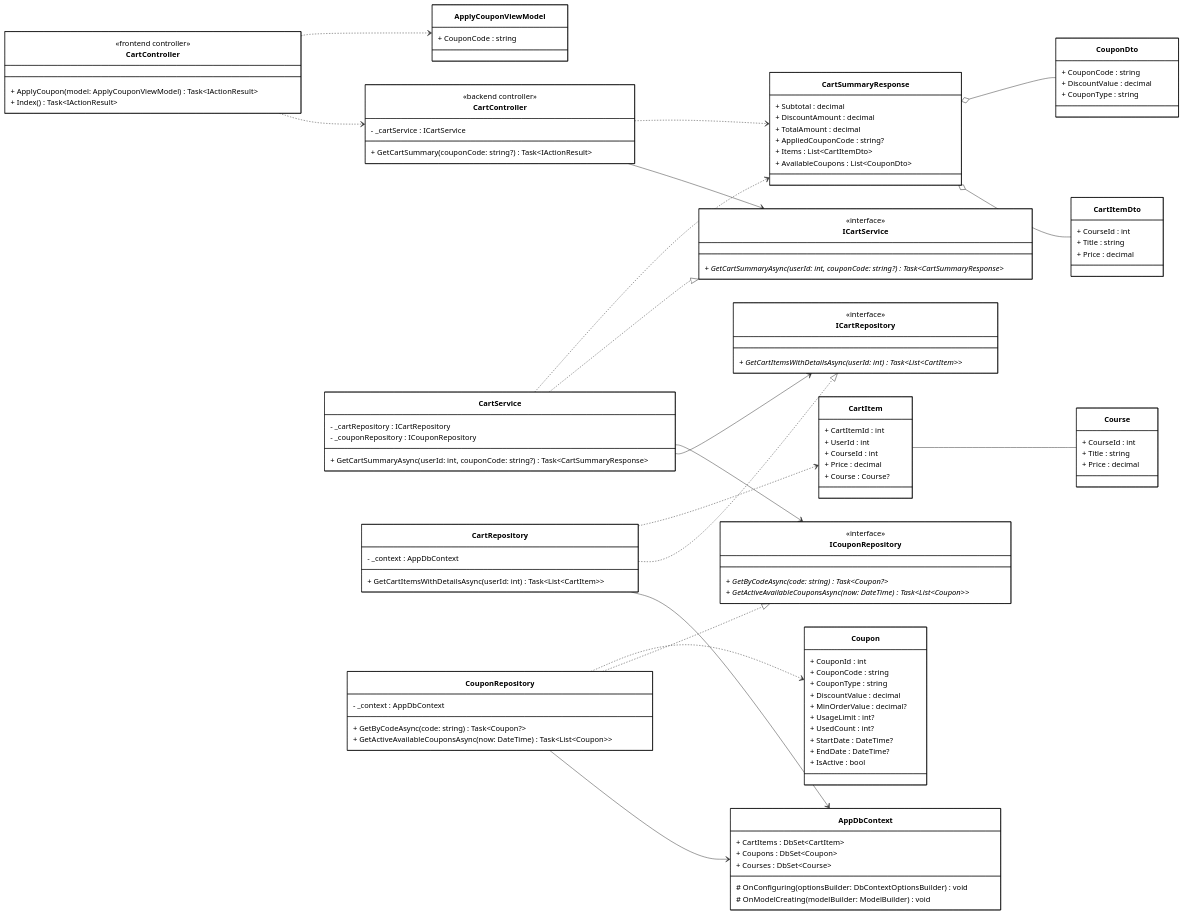
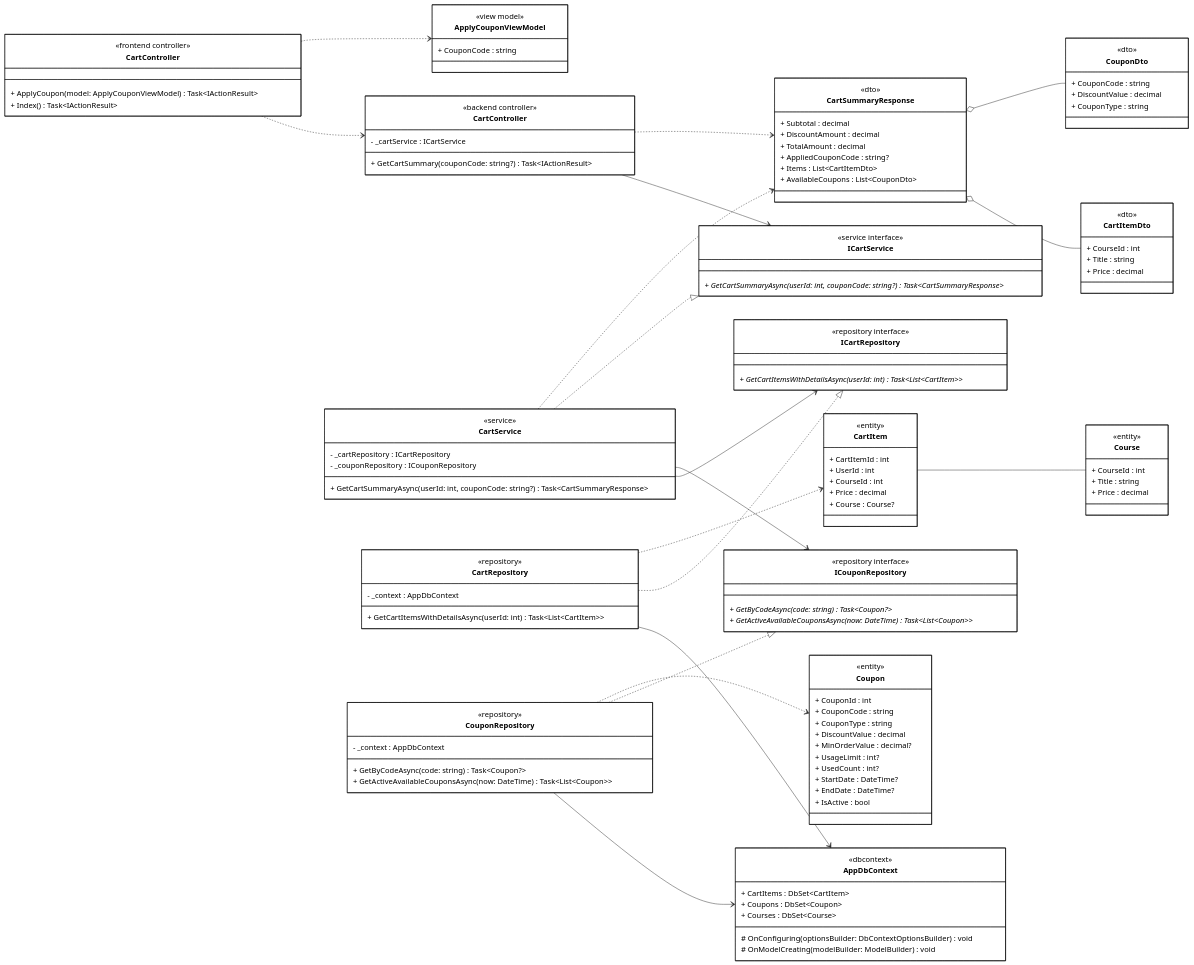
The diagram in diagrams/class_mermaid/cart/cls_mm_apply_coupon.mmd (1000do/Linked), drawn with Mermaid before and after one commit. The commit also changed 28 other files, not shown here.

```diff
--- a/diagrams/class_mermaid/cart/cls_mm_apply_coupon.mmd
+++ b/diagrams/class_mermaid/cart/cls_mm_apply_coupon.mmd
@@ -1,161 +1,172 @@
 classDiagram
 direction LR
 
 %% ==================== FRONTEND ====================
 
 class CartControllerFE["CartController"] {
     <<frontend controller>>
     + ApplyCoupon(model: ApplyCouponViewModel) Task~IActionResult~
     + Index() Task~IActionResult~
 }
 
 class ApplyCouponViewModel {
+    <<view model>>
     + CouponCode : string
 }
 
 %% ==================== BACKEND - CONTROLLER ====================
 
 class CartControllerBE["CartController"] {
     <<backend controller>>
     - _cartService : ICartService
     
     + GetCartSummary(couponCode: string?) Task~IActionResult~
 }
 
 %% ==================== BACKEND - DTOs ====================
 
 class CartSummaryResponse {
+    <<dto>>
     + Subtotal : decimal
     + DiscountAmount : decimal
     + TotalAmount : decimal
     + AppliedCouponCode : string?
     + Items : List~CartItemDto~
     + AvailableCoupons : List~CouponDto~
 }
 
 class CartItemDto {
+    <<dto>>
     + CourseId : int
     + Title : string
     + Price : decimal
 }
 
 class CouponDto {
+    <<dto>>
     + CouponCode : string
     + DiscountValue : decimal
     + CouponType : string
 }
 
 %% ==================== BACKEND - DOMAIN ENTITIES ====================
 
 class CartItem {
+    <<entity>>
     + CartItemId : int
     + UserId : int
     + CourseId : int
     + Price : decimal
     + Course : Course?
 }
 
 class Course {
+    <<entity>>
     + CourseId : int
     + Title : string
     + Price : decimal
 }
 
 class Coupon {
+    <<entity>>
     + CouponId : int
     + CouponCode : string
     + CouponType : string
     + DiscountValue : decimal
     + MinOrderValue : decimal?
     + UsageLimit : int?
     + UsedCount : int?
     + StartDate : DateTime?
     + EndDate : DateTime?
     + IsActive : bool
 }
 
 %% ==================== BACKEND - SERVICE INTERFACES ====================
 
 class ICartService {
-    <<interface>>
+    <<service interface>>
     + GetCartSummaryAsync(userId: int, couponCode: string?) Task~CartSummaryResponse~ *
 }
 
 class ICartRepository {
-    <<interface>>
+    <<repository interface>>
     + GetCartItemsWithDetailsAsync(userId: int) Task~List~CartItem~~ *
 }
 
 class ICouponRepository {
-    <<interface>>
+    <<repository interface>>
     + GetByCodeAsync(code: string) Task~Coupon?~ *
     + GetActiveAvailableCouponsAsync(now: DateTime) Task~List~Coupon~~ *
 }
 
 %% ==================== BACKEND - SERVICE IMPLEMENTATION ====================
 
 class CartService {
+    <<service>>
     - _cartRepository : ICartRepository
     - _couponRepository : ICouponRepository
     
     + GetCartSummaryAsync(userId: int, couponCode: string?) Task~CartSummaryResponse~
 }
 
 %% ==================== BACKEND - REPOSITORY IMPLEMENTATION ====================
 
 class CartRepository {
+    <<repository>>
     - _context : AppDbContext
     
     + GetCartItemsWithDetailsAsync(userId: int) Task~List~CartItem~~
 }
 
 class CouponRepository {
+    <<repository>>
     - _context : AppDbContext
     
     + GetByCodeAsync(code: string) Task~Coupon?~
     + GetActiveAvailableCouponsAsync(now: DateTime) Task~List~Coupon~~
 }
 
 %% ==================== BACKEND - DbContext ====================
 
 class AppDbContext {
+    <<dbcontext>>
     + CartItems : DbSet~CartItem~
     + Coupons : DbSet~Coupon~
     + Courses : DbSet~Course~
     
     # OnConfiguring(optionsBuilder: DbContextOptionsBuilder) void
     # OnModelCreating(modelBuilder: ModelBuilder) void
 }
 
 %% ==================== RELATIONSHIPS ====================
 
 %% === BIDIRECTIONAL ASSOCIATION (solid line) ===
 CartItem -- Course
 
 %% === AGGREGATION (hollow diamond) ===
 CartSummaryResponse o-- CartItemDto
 CartSummaryResponse o-- CouponDto
 
 %% === UNIDIRECTIONAL ASSOCIATION (solid arrow) ===
 CartControllerBE --> ICartService
 CartService --> ICartRepository
 CartService --> ICouponRepository
 CartRepository --> AppDbContext
 CouponRepository --> AppDbContext
 
 %% === INTERFACE REALIZATION ===
 CartService ..|> ICartService
 CartRepository ..|> ICartRepository
 CouponRepository ..|> ICouponRepository
 
 %% === DEPENDENCY (dashed arrows) ===
 CartControllerFE ..> CartControllerBE
 CartControllerFE ..> ApplyCouponViewModel
 CartControllerBE ..> CartSummaryResponse
 CartService ..> CartSummaryResponse
 CartRepository ..> CartItem
 CouponRepository ..> Coupon
 
 %% ==================== STYLES ====================
 
 classDef default fill:#FFFFFF,stroke:#000000,stroke-width:1px,color:#000000
```
